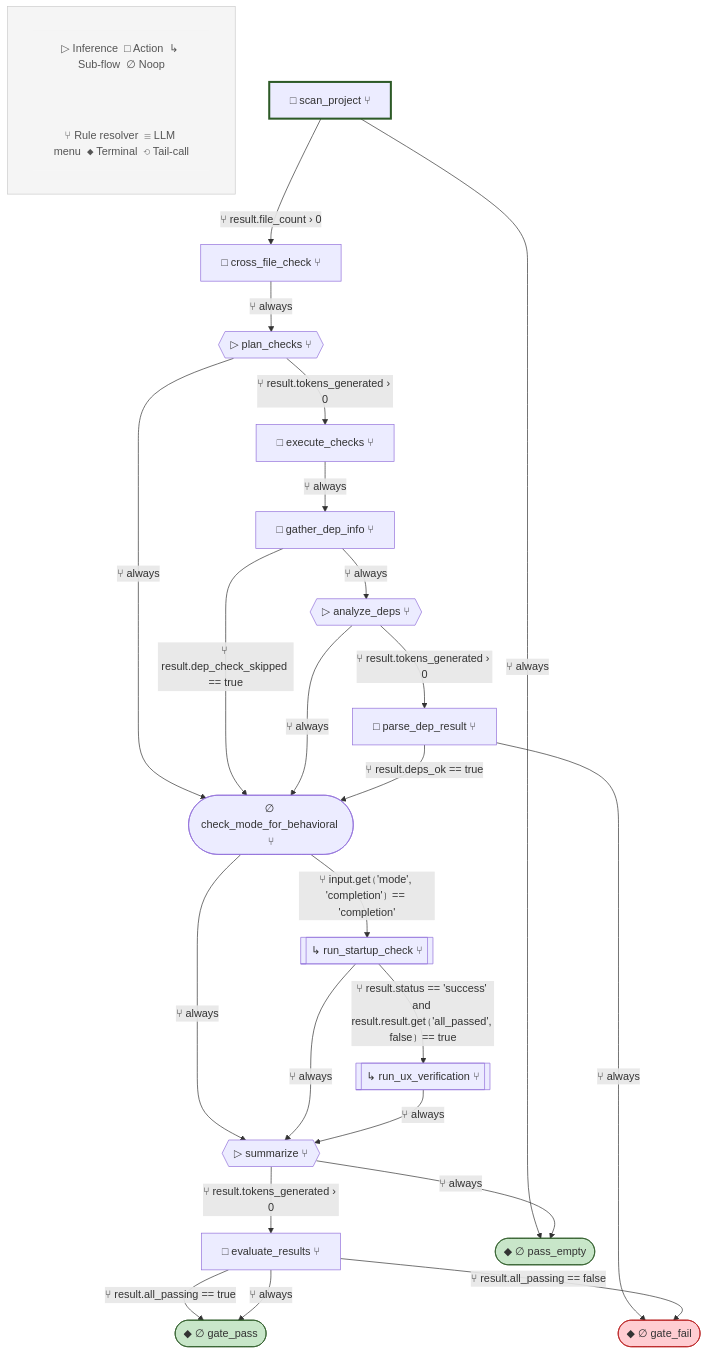
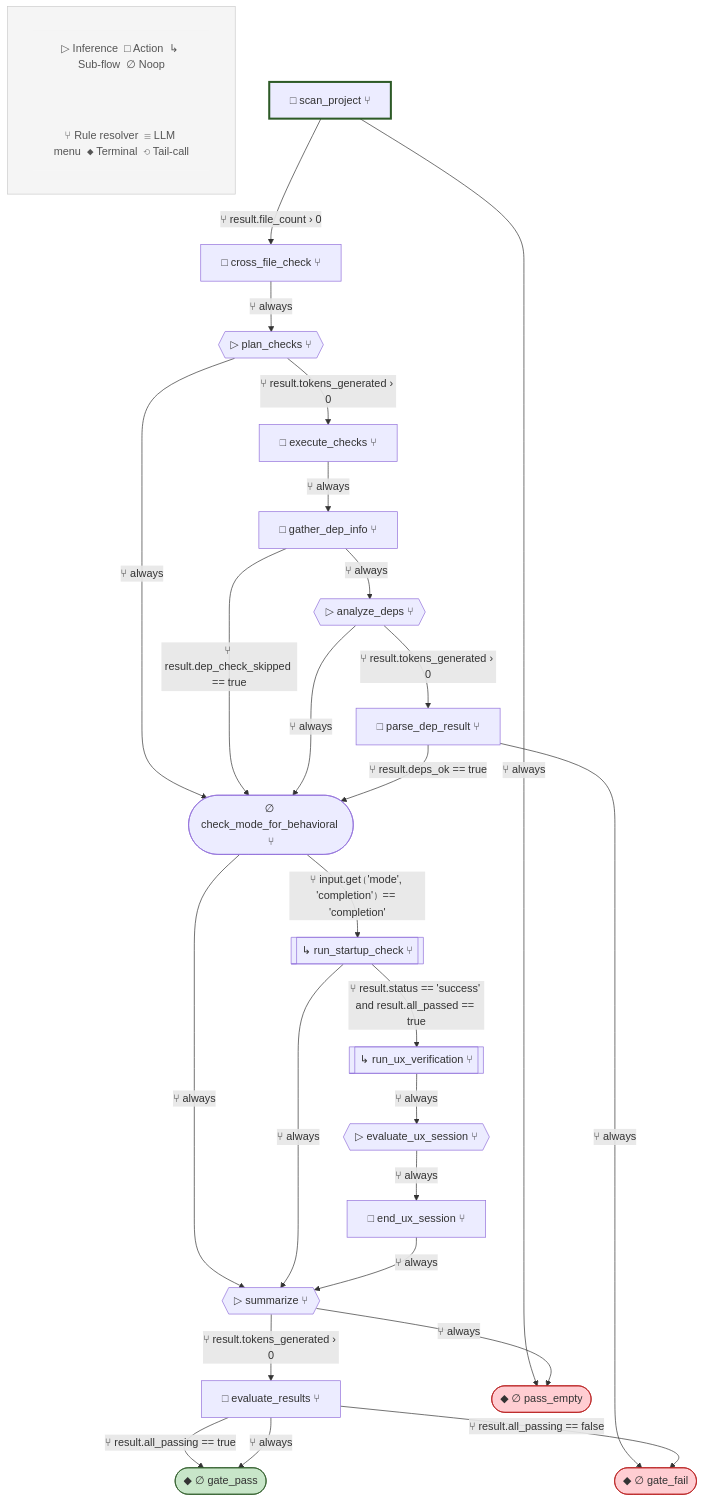
Before and after one commit to lah-rb/ouroboros: diagram 13 of 17 in blueprint.md, drawn with Mermaid. The commit also changed other lines of this file and 355 other files, not shown here.

````diff
--- a/blueprint.md
+++ b/blueprint.md
@@ -1172,57 +1018,61 @@
 ```mermaid
 flowchart TD
     %% quality_gate v5
 
     subgraph Legend[" "]
         L1["▷ Inference  □ Action  ↳ Sub-flow  ∅ Noop"]
         L2["⑂ Rule resolver  ☰ LLM menu  ◆ Terminal  ⟲ Tail-call"]
     end
     style Legend fill:#f5f5f5,stroke:#ccc,stroke-width:1px
     style L1 fill:#f5f5f5,stroke:none,color:#555
     style L2 fill:#f5f5f5,stroke:none,color:#555
 
     scan_project["□ scan_project ⑂"]
     cross_file_check["□ cross_file_check ⑂"]
     plan_checks{{"▷ plan_checks ⑂"}}
     execute_checks["□ execute_checks ⑂"]
     gather_dep_info["□ gather_dep_info ⑂"]
     analyze_deps{{"▷ analyze_deps ⑂"}}
     parse_dep_result["□ parse_dep_result ⑂"]
     check_mode_for_behavioral(["∅ check_mode_for_behavioral ⑂"])
     run_startup_check[["↳ run_startup_check ⑂"]]
     run_ux_verification[["↳ run_ux_verification ⑂"]]
+    evaluate_ux_session{{"▷ evaluate_ux_session ⑂"}}
+    end_ux_session["□ end_ux_session ⑂"]
     summarize{{"▷ summarize ⑂"}}
     evaluate_results["□ evaluate_results ⑂"]
     gate_pass(["◆ ∅ gate_pass"])
     gate_fail(["◆ ∅ gate_fail"])
     pass_empty(["◆ ∅ pass_empty"])
 
     style scan_project stroke-width:3px,stroke:#2d5a27
 
     scan_project -->|⑂ result.file_count › 0| cross_file_check
     scan_project -->|⑂ always| pass_empty
     cross_file_check -->|⑂ always| plan_checks
     plan_checks -->|⑂ result.tokens_generated › 0| execute_checks
     plan_checks -->|⑂ always| check_mode_for_behavioral
     execute_checks -->|⑂ always| gather_dep_info
     gather_dep_info -->|⑂ result.dep_check_skipped == true| check_mode_for_behavioral
     gather_dep_info -->|⑂ always| analyze_deps
     analyze_deps -->|⑂ result.tokens_generated › 0| parse_dep_result
     analyze_deps -->|⑂ always| check_mode_for_behavioral
     parse_dep_result -->|⑂ result.deps_ok == true| check_mode_for_behavioral
     parse_dep_result -->|⑂ always| gate_fail
     check_mode_for_behavioral -->|⑂ input.get⟮'mode', 'completion'⟯ == 'completion'| run_startup_check
     check_mode_for_behavioral -->|⑂ always| summarize
-    run_startup_check -->|⑂ result.status == 'success' and result.result.get⟮'all_passed', false⟯ == true| run_ux_verification
+    run_startup_check -->|⑂ result.status == 'success' and result.all_passed == true| run_ux_verification
     run_startup_check -->|⑂ always| summarize
-    run_ux_verification -->|⑂ always| summarize
+    run_ux_verification -->|⑂ always| evaluate_ux_session
+    evaluate_ux_session -->|⑂ always| end_ux_session
+    end_ux_session -->|⑂ always| summarize
     summarize -->|⑂ result.tokens_generated › 0| evaluate_results
     summarize -->|⑂ always| pass_empty
     evaluate_results -->|⑂ result.all_passing == true| gate_pass
     evaluate_results -->|⑂ result.all_passing == false| gate_fail
     evaluate_results -->|⑂ always| gate_pass
 
     style gate_pass fill:#c8e6c9,stroke:#2d5a27
     style gate_fail fill:#ffcdd2,stroke:#b71c1c
-    style pass_empty fill:#c8e6c9,stroke:#2d5a27
+    style pass_empty fill:#ffcdd2,stroke:#b71c1c
 ```
````
